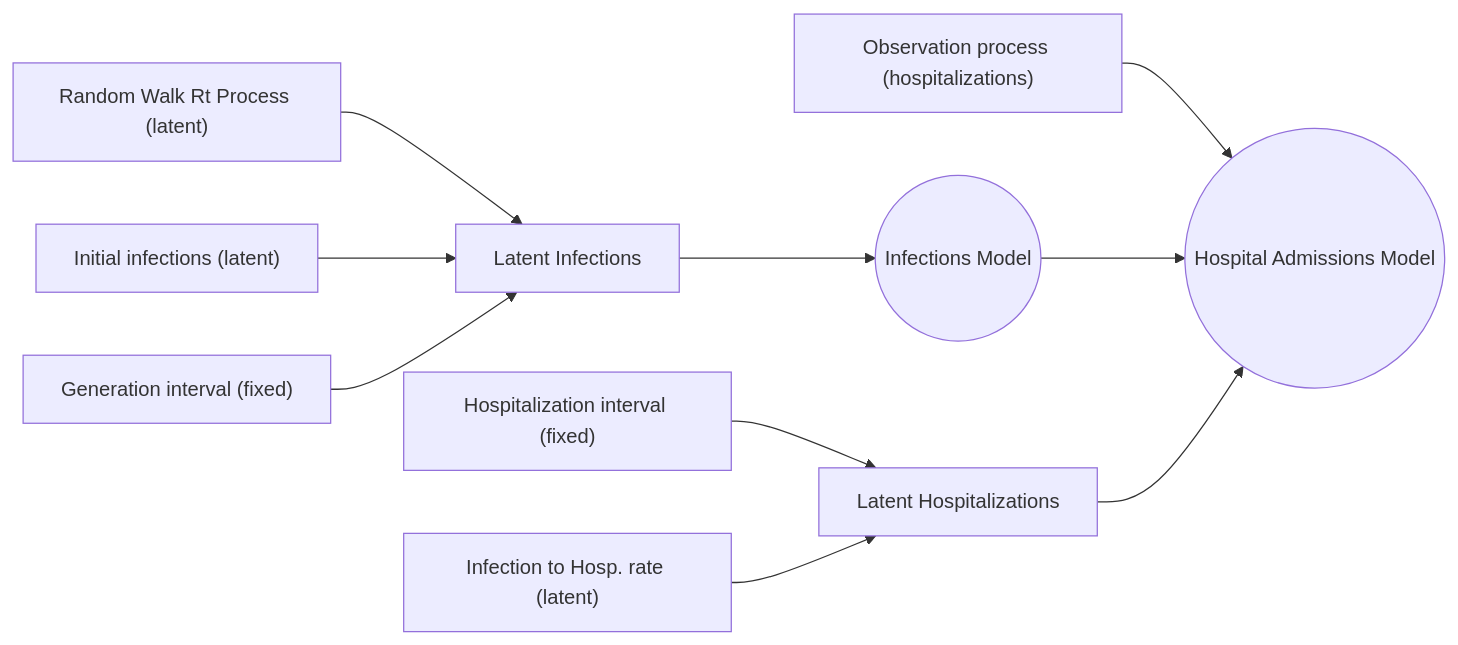
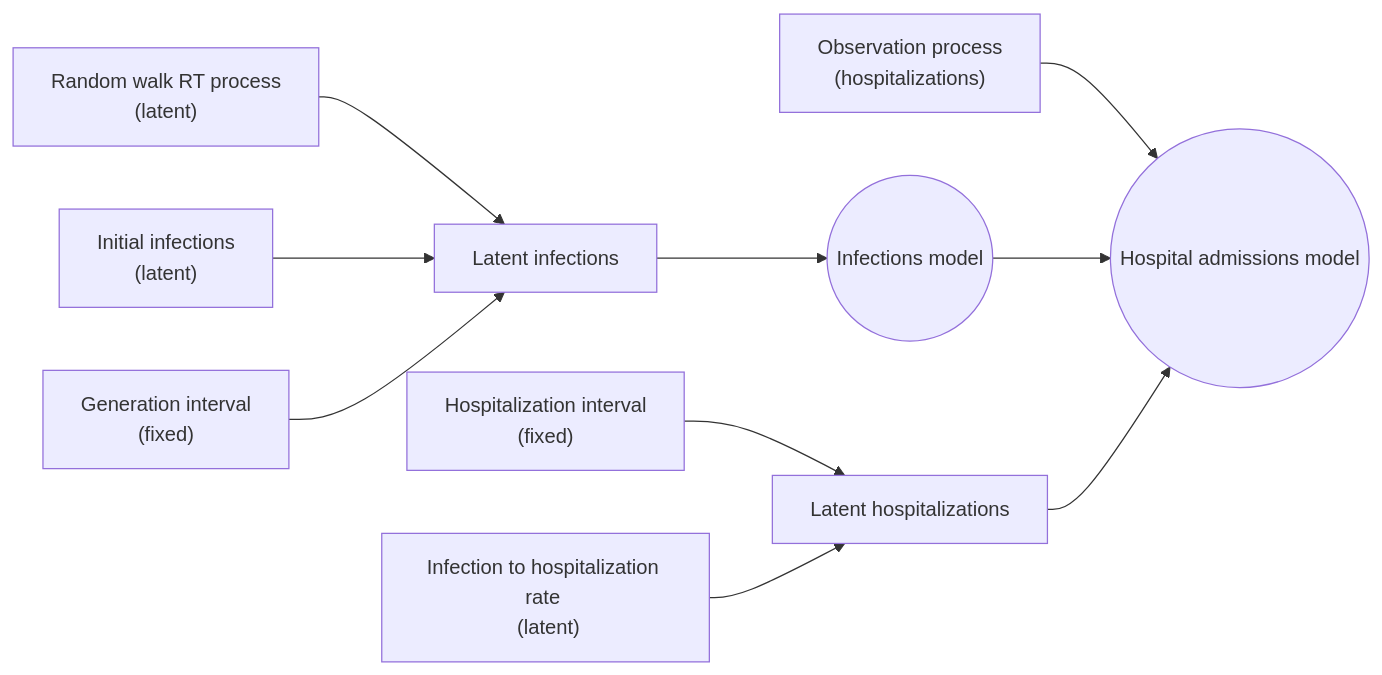
The diagram in README.md (CDCgov/PyRenew), drawn with Mermaid before and after one commit. The commit also changed other lines of this file, not shown here.

Commit message:
changes per code review

````diff
--- a/README.md
+++ b/README.md
@@ -11,31 +11,31 @@
 ```mermaid
 flowchart LR
 
   %% Elements
-  rt_proc["Random Walk Rt Process (latent)"];
-  latent_inf["Latent Infections"]
-  latent_ihr["Infection to Hosp. rate (latent)"]
-  neg_binom["Observation process (hospitalizations)"]
-  latent_hosp["Latent Hospitalizations"];
-  i0["Initial infections (latent)"];
-  gen_int["Generation interval (fixed)"];
-  hosp_int["Hospitalization interval (fixed)"];
+  rt_proc["Random walk RT process <br> (latent)"];
+  latent_inf["Latent infections"]
+  latent_ihr["Infection to hospitalization rate <br> (latent)"]
+  neg_binom["Observation process <br> (hospitalizations)"]
+  latent_hosp["Latent hospitalizations"];
+  i0["Initial infections <br> (latent)"];
+  gen_int["Generation interval <br> (fixed)"];
+  hosp_int["Hospitalization interval <br> (fixed)"];
 
   %% Models
-  basic_model(("Infections Model"));
-  admin_model(("Hospital Admissions Model"));
+  basic_model(("Infections model"));
+  admin_model(("Hospital admissions model"));
 
   %% Latent infections
   rt_proc --> latent_inf;
   i0 --> latent_inf;
   gen_int --> latent_inf;
   latent_inf --> basic_model
 
   %% Hospitalizations
   hosp_int --> latent_hosp
 
   neg_binom --> admin_model;
   latent_ihr --> latent_hosp;
   basic_model --> admin_model;
   latent_hosp --> admin_model;
 ```
````
